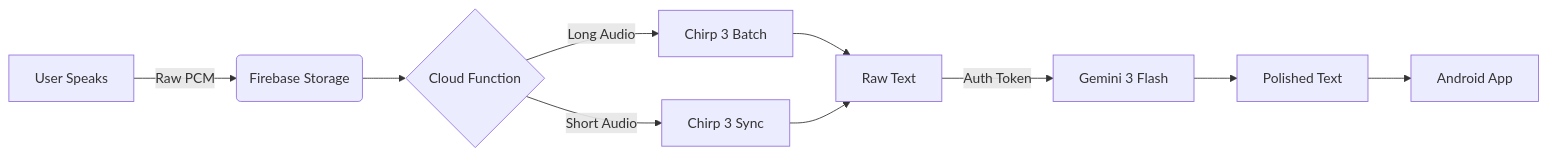
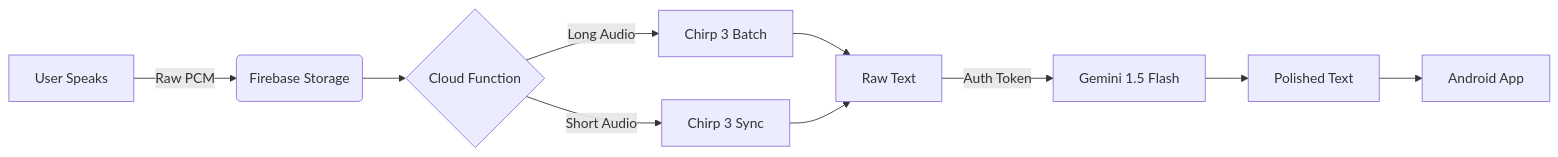
Before and after one commit to CodePandaaAI/VoDrop: the first of 2 diagrams in README.md, drawn with Mermaid. The commit also changed other lines of this file and 1 other file, not shown here.

````diff
--- a/README.md
+++ b/README.md
@@ -73,11 +73,11 @@
 ```mermaid
 graph LR
     A[User Speaks] -->|Raw PCM| B(Firebase Storage)
     B --> C{Cloud Function}
     C -->|Long Audio| D[Chirp 3 Batch]
     C -->|Short Audio| E[Chirp 3 Sync]
     D & E --> F[Raw Text]
-    F -->|Auth Token| G[Gemini 3 Flash]
+    F -->|Auth Token| G[Gemini 1.5 Flash]
     G --> H[Polished Text]
     H --> I[Android App]
 ```
````
